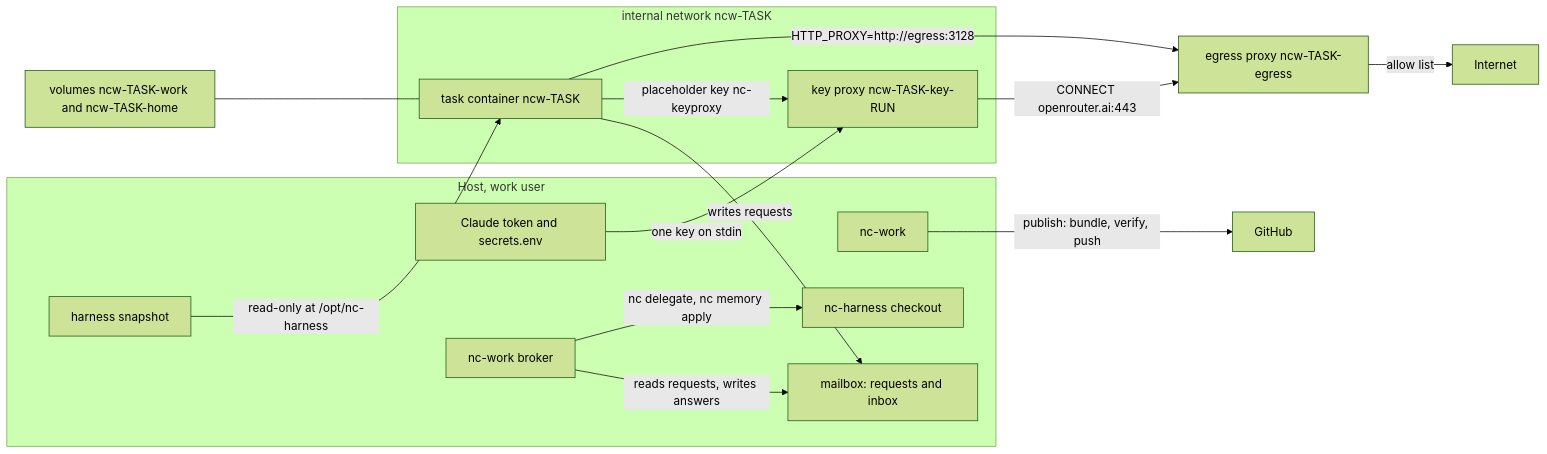
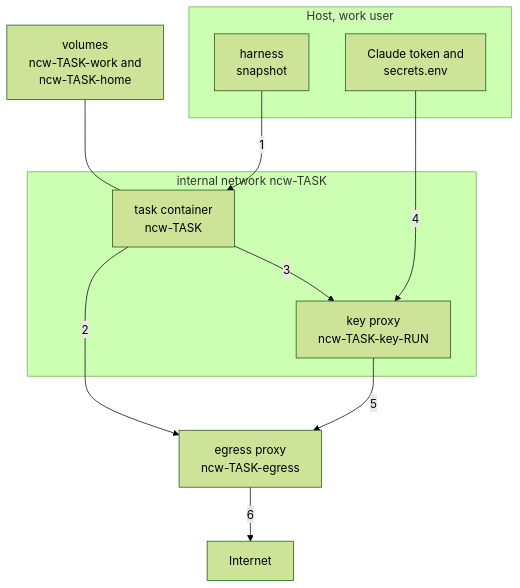
The first of 3 diagrams in work-environments/README.md (iAmSerathion/nc-infra), drawn with Mermaid (forest theme) before and after one commit. The commit also changed other lines of this file and 1 other file, not shown here.

Commit message:
README: diagrams fit the page width

````diff
--- a/work-environments/README.md
+++ b/work-environments/README.md
@@ -21,28 +23,20 @@
 ```mermaid
-flowchart LR
+flowchart TB
     subgraph host["Host, work user"]
-        ncwork["nc-work"]
-        harness["nc-harness checkout"]
-        secrets["Claude token and secrets.env"]
-        snap["harness snapshot"]
-        broker["nc-work broker"]
-        mailbox["mailbox: requests and inbox"]
+        snap["harness<br/>snapshot"]
+        secrets["Claude token and<br/>secrets.env"]
     end
 
     subgraph net["internal network ncw-TASK"]
-        agent["task container ncw-TASK"]
-        keyp["key proxy ncw-TASK-key-RUN"]
+        agent["task container<br/>ncw-TASK"]
+        keyp["key proxy<br/>ncw-TASK-key-RUN"]
     end
 
-    vols["volumes ncw-TASK-work and ncw-TASK-home"] --- agent
-    snap -->|"read-only at /opt/nc-harness"| agent
-    agent -->|"HTTP_PROXY=http://egress:3128"| egress["egress proxy ncw-TASK-egress"]
-    agent -->|"placeholder key nc-keyproxy"| keyp
-    secrets -->|"one key on stdin"| keyp
-    keyp -->|"CONNECT openrouter.ai:443"| egress
-    egress -->|"allow list"| internet["Internet"]
-    agent -->|"writes requests"| mailbox
-    broker -->|"reads requests, writes answers"| mailbox
-    broker -->|"nc delegate, nc memory apply"| harness
-    ncwork -->|"publish: bundle, verify, push"| github["GitHub"]
+    vols["volumes<br/>ncw-TASK-work and<br/>ncw-TASK-home"] --- agent
+    snap -->|1| agent
+    agent -->|2| egress["egress proxy<br/>ncw-TASK-egress"]
+    agent -->|3| keyp
+    secrets -->|4| keyp
+    keyp -->|5| egress
+    egress -->|6| internet["Internet"]
 ```
````
